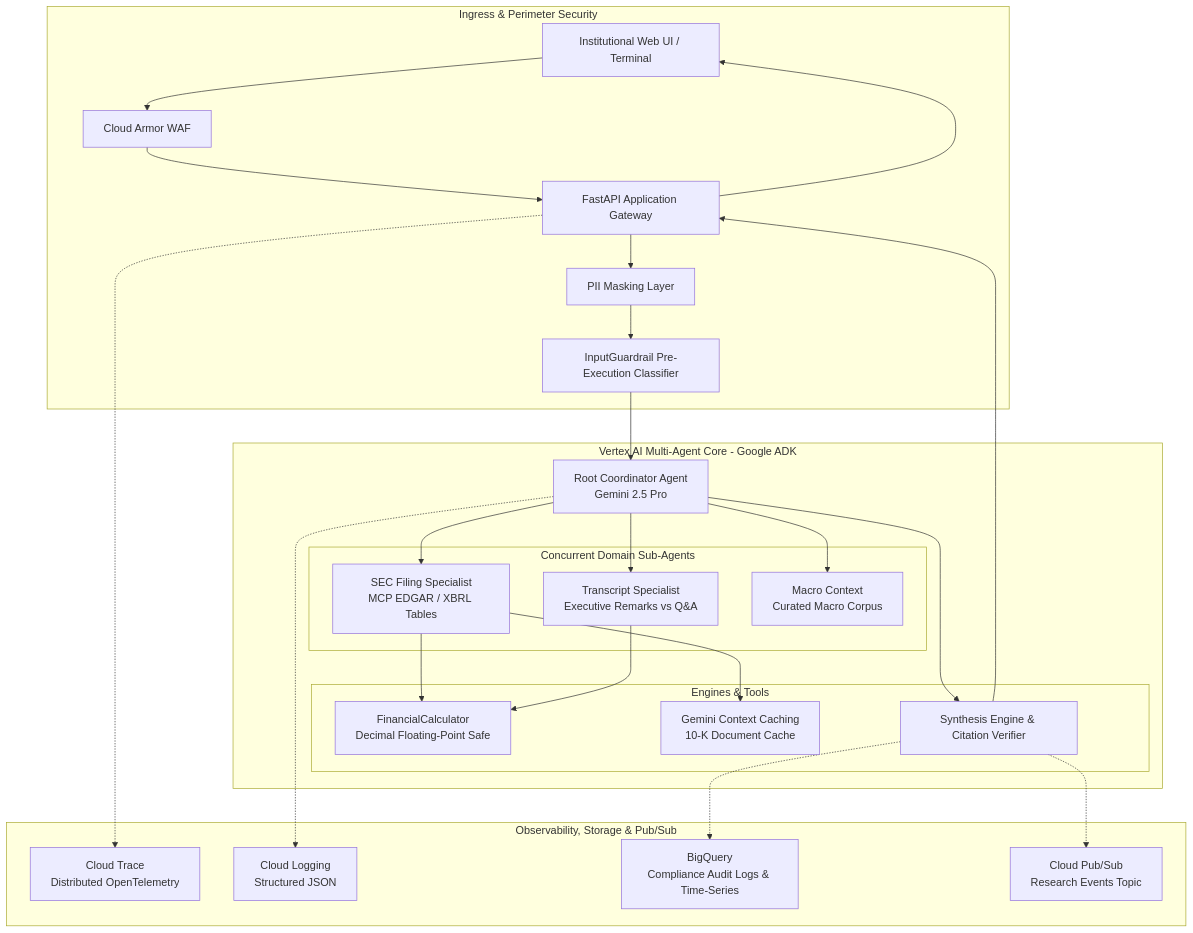
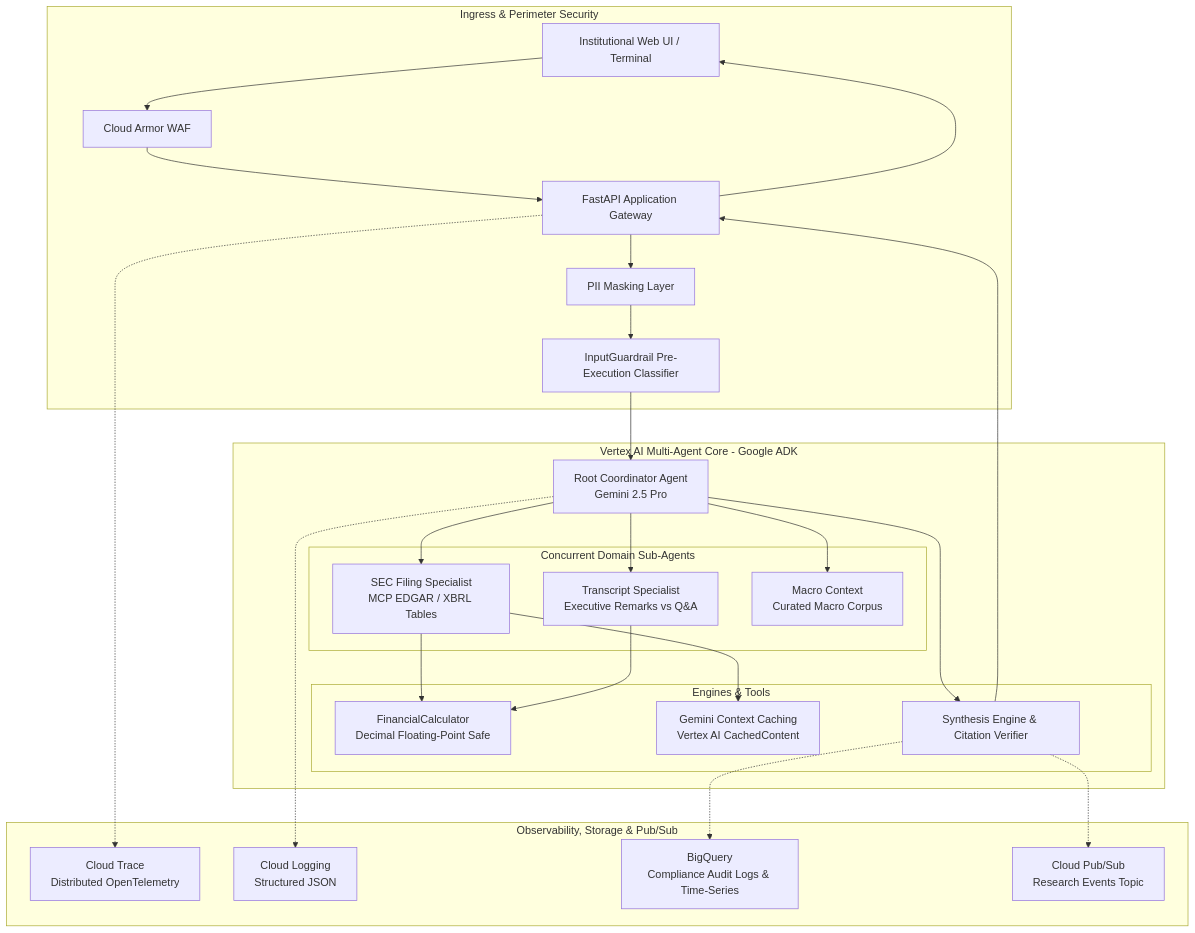
Before and after one commit to Ignotus-21/Finance-Agent---Investment-Research-Agent: the first of 2 diagrams in docs/final_project_report.md, drawn with Mermaid. The commit also changed other lines of this file and 66 other files, not shown here.

````diff
--- a/docs/final_project_report.md
+++ b/docs/final_project_report.md
@@ -30,48 +30,48 @@
 ```mermaid
 graph TB
     subgraph Ingress [Ingress & Perimeter Security]
         Client[Institutional Web UI / Terminal]
         WAF[Cloud Armor WAF]
         FastAPI[FastAPI Application Gateway]
         DLP[PII Masking Layer]
         Guard[InputGuardrail Pre-Execution Classifier]
     end
 
     subgraph AgenticCore [Vertex AI Multi-Agent Core - Google ADK]
         Root[Root Coordinator Agent<br/>Gemini 2.5 Pro]
 
         subgraph SubAgents [Concurrent Domain Sub-Agents]
             SEC[SEC Filing Specialist<br/>MCP EDGAR / XBRL Tables]
             Trans[Transcript Specialist<br/>Executive Remarks vs Q&A]
             Macro[Macro Context<br/>Curated Macro Corpus]
         end
 
         subgraph DeterministicEngines [Engines & Tools]
             Calc[FinancialCalculator<br/>Decimal Floating-Point Safe]
-            Cache[Gemini Context Caching<br/>10-K Document Cache]
+            Cache[Gemini Context Caching<br/>Vertex AI CachedContent]
             Synth[Synthesis Engine & Citation Verifier]
         end
     end
 
     subgraph Operations [Observability, Storage & Pub/Sub]
         Trace[Cloud Trace<br/>Distributed OpenTelemetry]
         Logging[Cloud Logging<br/>Structured JSON]
         BigQuery[BigQuery<br/>Compliance Audit Logs & Time-Series]
         PubSub[Cloud Pub/Sub<br/>Research Events Topic]
     end
 
     Client --> WAF --> FastAPI --> DLP --> Guard --> Root
     Root --> SEC
     Root --> Trans
     Root --> Macro
     SEC --> Cache
     SEC --> Calc
     Trans --> Calc
     Root --> Synth
     Synth --> FastAPI --> Client
 
     FastAPI -.-> Trace
     Root -.-> Logging
     Synth -.-> BigQuery
     Synth -.-> PubSub
 ```
````
